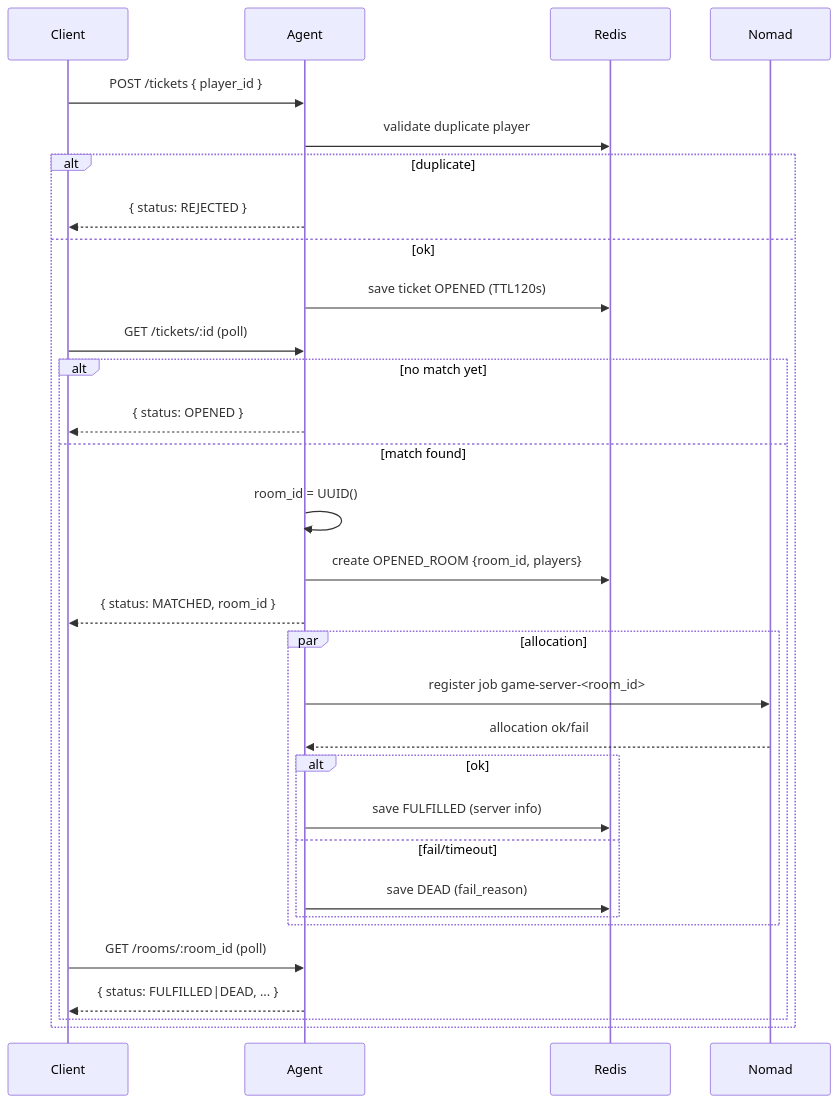
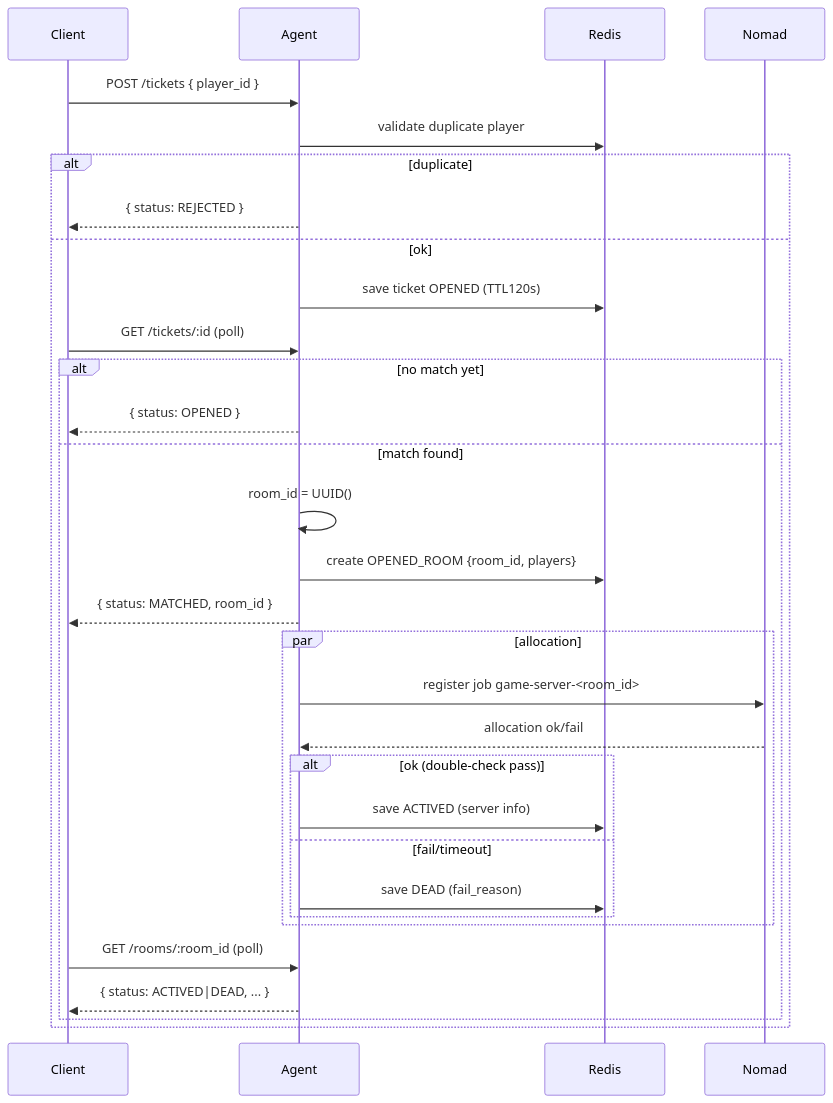
The diagram in docs/matchmaking.md (ecraftagency/hive), drawn with Mermaid before and after one commit. The commit also changed other lines of this file and 49 other files, not shown here.

````diff
--- a/docs/matchmaking.md
+++ b/docs/matchmaking.md
@@ -68,34 +75,34 @@
 ```mermaid
 sequenceDiagram
   participant C as Client
   participant A as Agent
   participant R as Redis
   participant N as Nomad
 
   C->>A: POST /tickets { player_id }
   A->>R: validate duplicate player
   alt duplicate
     A-->>C: { status: REJECTED }
   else ok
     A->>R: save ticket OPENED (TTL120s)
     C->>A: GET /tickets/:id (poll)
     alt no match yet
       A-->>C: { status: OPENED }
     else match found
       A->>A: room_id = UUID()
       A->>R: create OPENED_ROOM {room_id, players}
       A-->>C: { status: MATCHED, room_id }
       par allocation
         A->>N: register job game-server-<room_id>
         N-->>A: allocation ok/fail
-        alt ok
-          A->>R: save FULFILLED (server info)
+        alt ok (double-check pass)
+          A->>R: save ACTIVED (server info)
         else fail/timeout
           A->>R: save DEAD (fail_reason)
         end
       end
       C->>A: GET /rooms/:room_id (poll)
-      A-->>C: { status: FULFILLED|DEAD, ... }
+      A-->>C: { status: ACTIVED|DEAD, ... }
     end
   end
 ```
````
